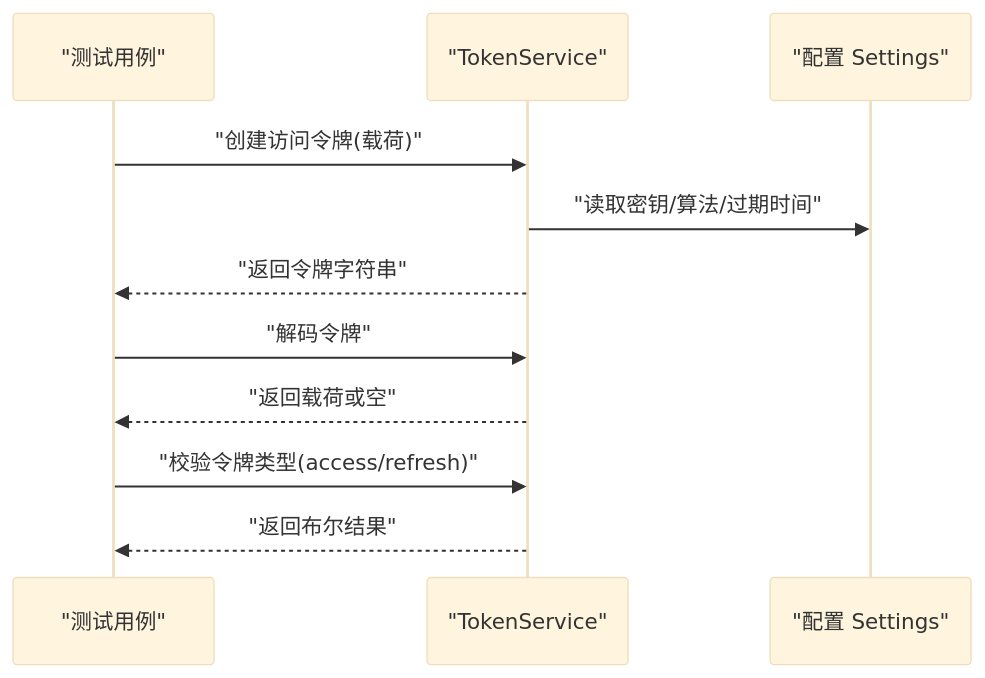
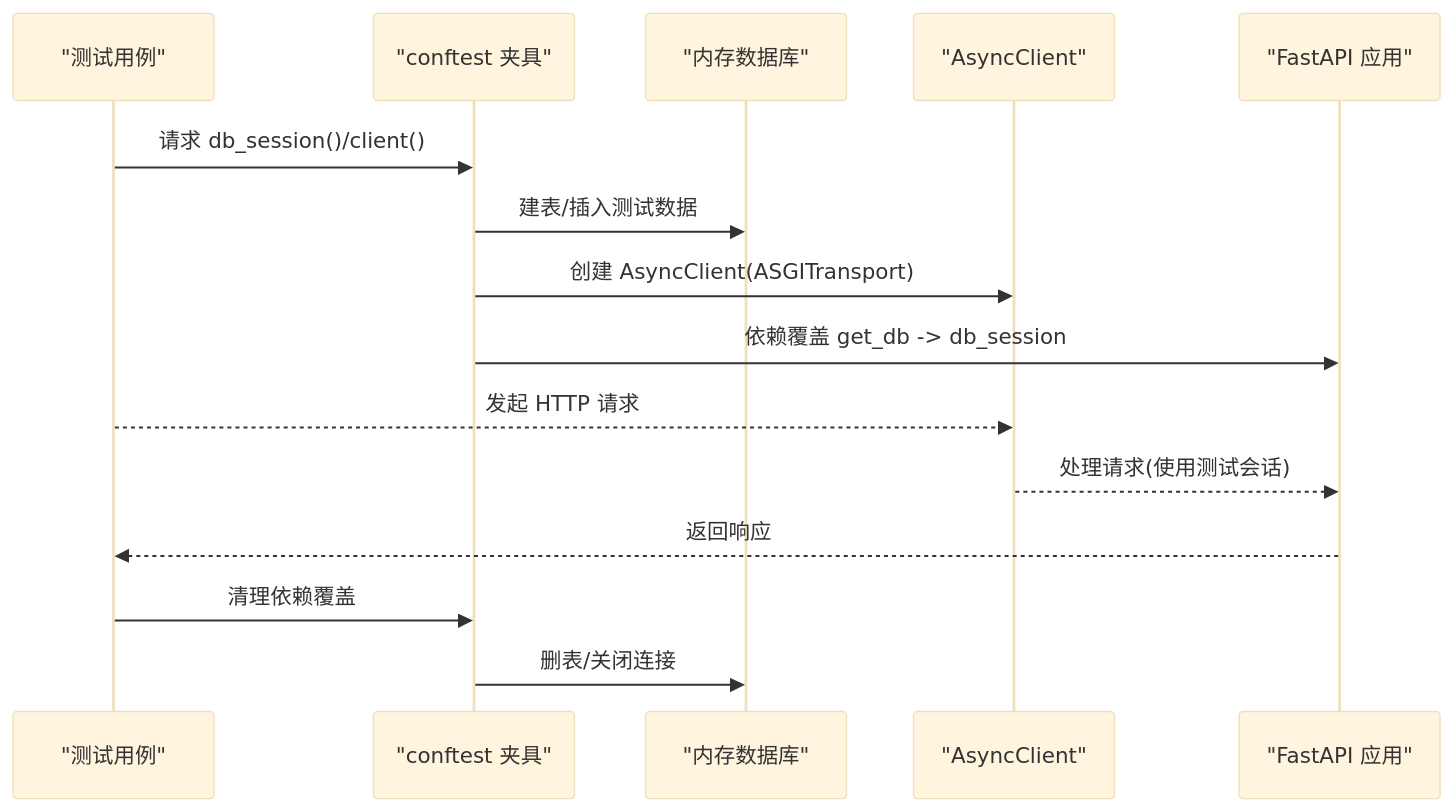
The third of 7 diagrams in .qoder/repowiki/zh/content/测试策略/单元测试.md (taoweidong/Hello-FastApi), drawn with Mermaid (base theme) before and after one commit. The commit also changed other lines of this file and 119 other files, not shown here.

````diff
--- a/.qoder/repowiki/zh/content/测试策略/单元测试.md
+++ b/.qoder/repowiki/zh/content/测试策略/单元测试.md
@@ -188,13 +195,17 @@
 ```mermaid
 sequenceDiagram
 participant T as "测试用例"
-participant TS as "TokenService"
-participant CFG as "配置 Settings"
-T->>TS : "创建访问令牌(载荷)"
-TS->>CFG : "读取密钥/算法/过期时间"
-TS-->>T : "返回令牌字符串"
-T->>TS : "解码令牌"
-TS-->>T : "返回载荷或空"
-T->>TS : "校验令牌类型(access/refresh)"
-TS-->>T : "返回布尔结果"
+participant CF as "conftest 夹具"
+participant DB as "内存数据库"
+participant AC as "AsyncClient"
+participant APP as "FastAPI 应用"
+T->>CF : 请求 db_session()/client()
+CF->>DB : 建表/插入测试数据
+CF->>AC : 创建 AsyncClient(ASGITransport)
+CF->>APP : 依赖覆盖 get_db -> db_session
+T-->>AC : 发起 HTTP 请求
+AC-->>APP : 处理请求(使用测试会话)
+APP-->>T : 返回响应
+T->>CF : 清理依赖覆盖
+CF->>DB : 删表/关闭连接
 ```
````
